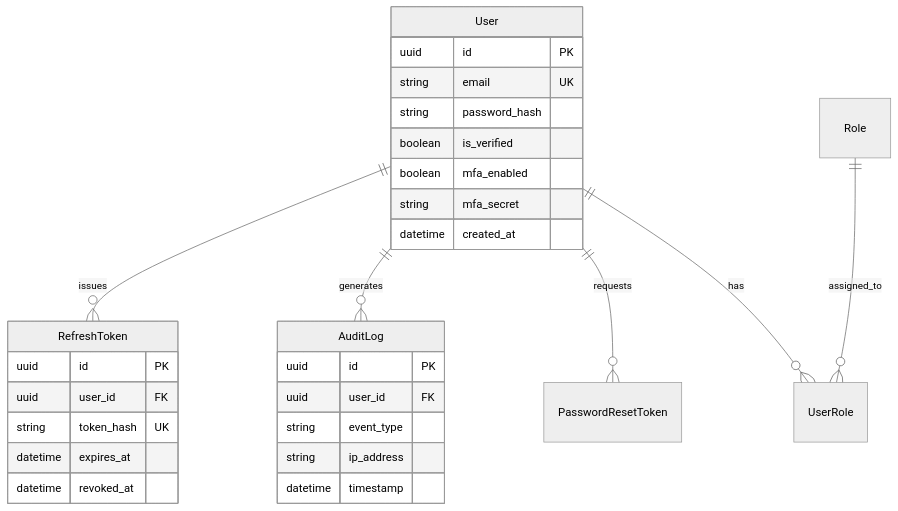
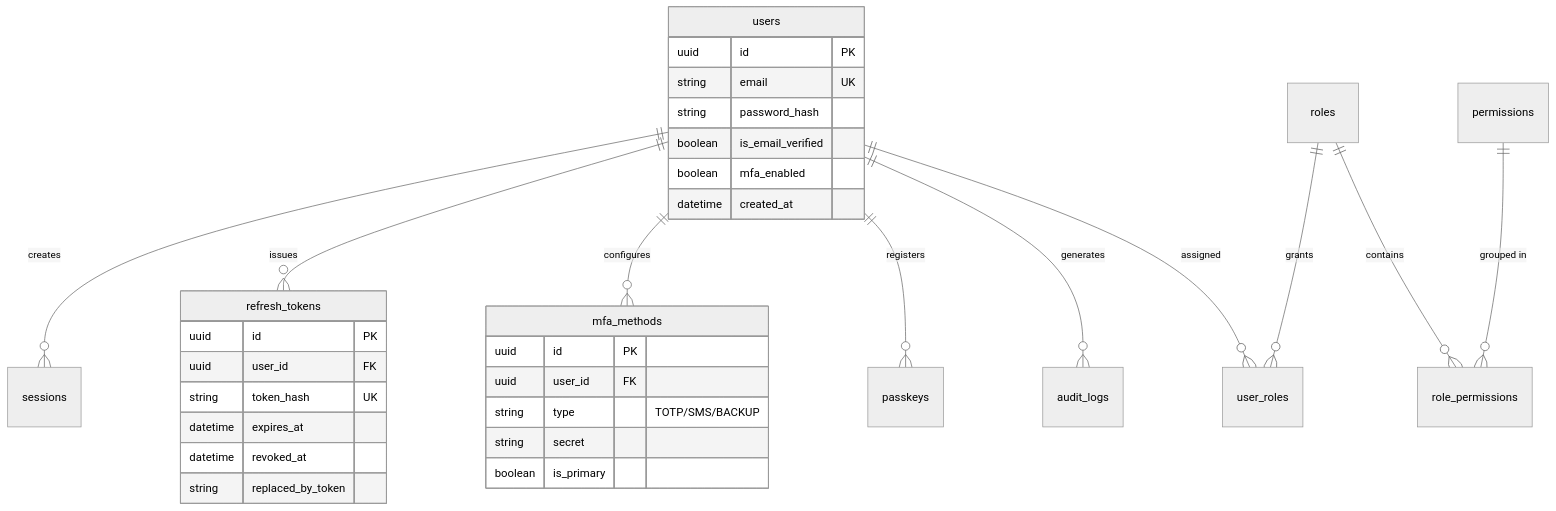
Before and after one commit to Enggvault/Full-stack: the fourth of 4 diagrams in 09-authentication/notes.md, drawn with Mermaid (neutral theme). The commit also changed other lines of this file, not shown here.

````diff
--- a/09-authentication/notes.md
+++ b/09-authentication/notes.md
@@ -633,34 +741,38 @@
 ```mermaid
 erDiagram
-    User ||--o{ RefreshToken : issues
-    User ||--o{ AuditLog : generates
-    User ||--o{ PasswordResetToken : requests
-    Role ||--o{ UserRole : assigned_to
-    User ||--o{ UserRole : has
+    users ||--o{ sessions : "creates"
+    users ||--o{ refresh_tokens : "issues"
+    users ||--o{ mfa_methods : "configures"
+    users ||--o{ passkeys : "registers"
+    users ||--o{ audit_logs : "generates"
+    users ||--o{ user_roles : "assigned"
+    roles ||--o{ user_roles : "grants"
+    roles ||--o{ role_permissions : "contains"
+    permissions ||--o{ role_permissions : "grouped in"
     
-    User {
+    users {
         uuid id PK
         string email UK
         string password_hash
-        boolean is_verified
+        boolean is_email_verified
         boolean mfa_enabled
-        string mfa_secret
         datetime created_at
     }
     
-    RefreshToken {
+    refresh_tokens {
         uuid id PK
         uuid user_id FK
         string token_hash UK
         datetime expires_at
         datetime revoked_at
+        string replaced_by_token
     }
     
-    AuditLog {
+    mfa_methods {
         uuid id PK
         uuid user_id FK
-        string event_type
-        string ip_address
-        datetime timestamp
+        string type "TOTP/SMS/BACKUP"
+        string secret
+        boolean is_primary
     }
 ```
````
